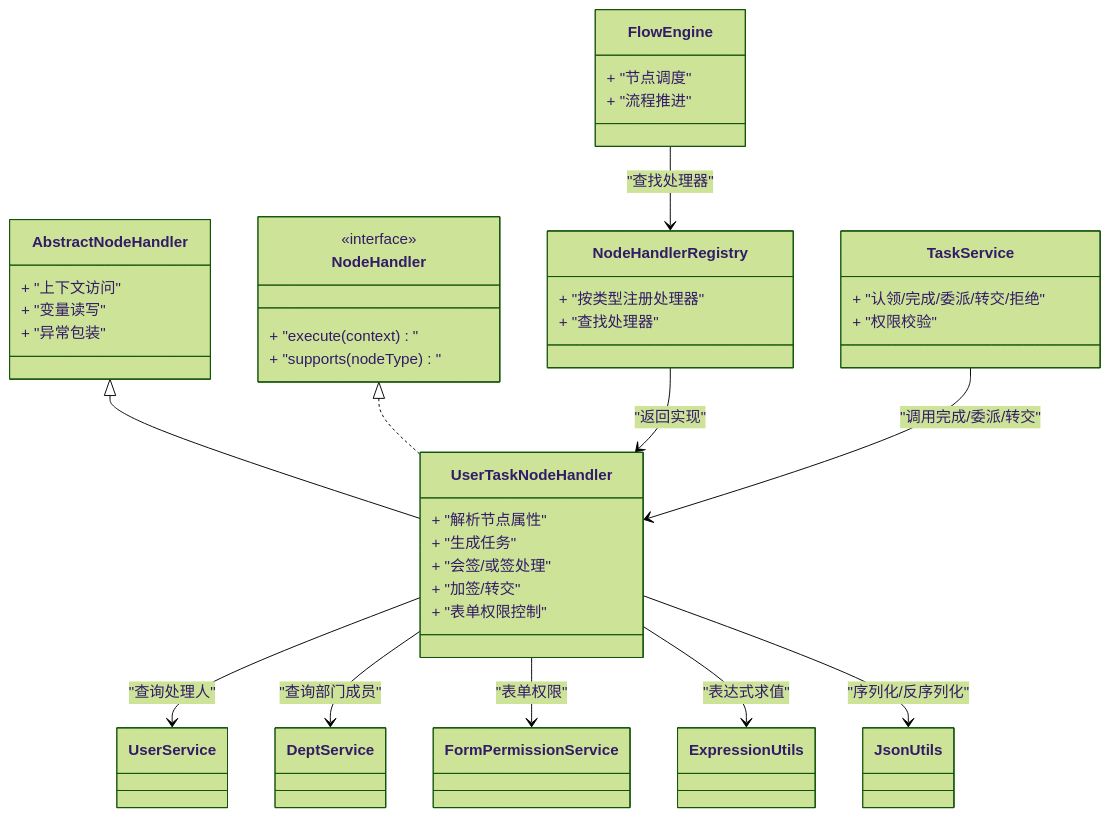
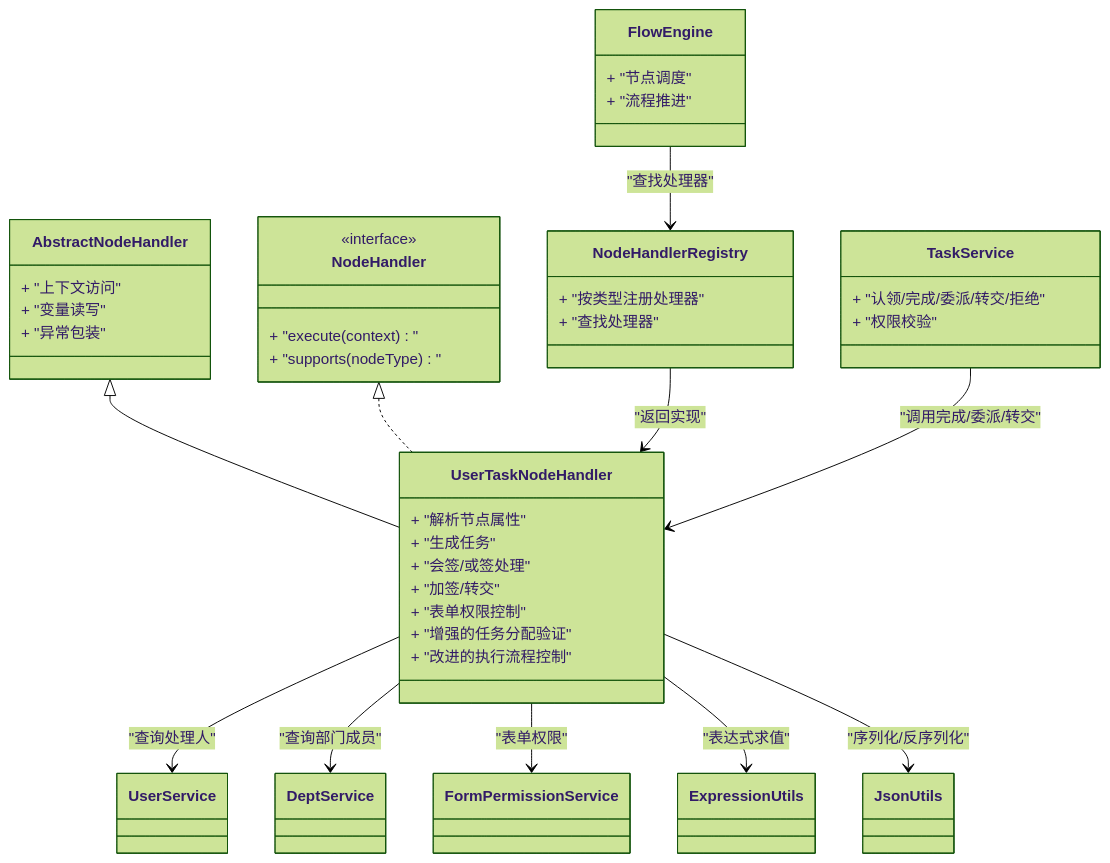
The third of 6 diagrams in .qoder/repowiki/zh/content/核心引擎设计/节点处理器架构/内置节点类型/用户任务节点.md (liming-lihaini/workflow), drawn with Mermaid (forest theme) before and after one commit. The commit also changed other lines of this file and 49 other files, not shown here.

````diff
--- a/.qoder/repowiki/zh/content/核心引擎设计/节点处理器架构/内置节点类型/用户任务节点.md
+++ b/.qoder/repowiki/zh/content/核心引擎设计/节点处理器架构/内置节点类型/用户任务节点.md
@@ -190,47 +206,49 @@
 ```mermaid
 classDiagram
 class AbstractNodeHandler {
 + "上下文访问"
 + "变量读写"
 + "异常包装"
 }
 class NodeHandler {
 <<interface>>
 + "execute(context)"
 + "supports(nodeType)"
 }
 class UserTaskNodeHandler {
 + "解析节点属性"
 + "生成任务"
 + "会签/或签处理"
 + "加签/转交"
 + "表单权限控制"
++ "增强的任务分配验证"
++ "改进的执行流程控制"
 }
 class TaskService {
 + "认领/完成/委派/转交/拒绝"
 + "权限校验"
 }
 class FlowEngine {
 + "节点调度"
 + "流程推进"
 }
 class NodeHandlerRegistry {
 + "按类型注册处理器"
 + "查找处理器"
 }
 class UserService
 class DeptService
 class FormPermissionService
 class ExpressionUtils
 class JsonUtils
 AbstractNodeHandler <|-- UserTaskNodeHandler
 NodeHandler <|.. UserTaskNodeHandler
 FlowEngine --> NodeHandlerRegistry : "查找处理器"
 NodeHandlerRegistry --> UserTaskNodeHandler : "返回实现"
 TaskService --> UserTaskNodeHandler : "调用完成/委派/转交"
 UserTaskNodeHandler --> UserService : "查询处理人"
 UserTaskNodeHandler --> DeptService : "查询部门成员"
 UserTaskNodeHandler --> FormPermissionService : "表单权限"
 UserTaskNodeHandler --> ExpressionUtils : "表达式求值"
 UserTaskNodeHandler --> JsonUtils : "序列化/反序列化"
 ```
````
